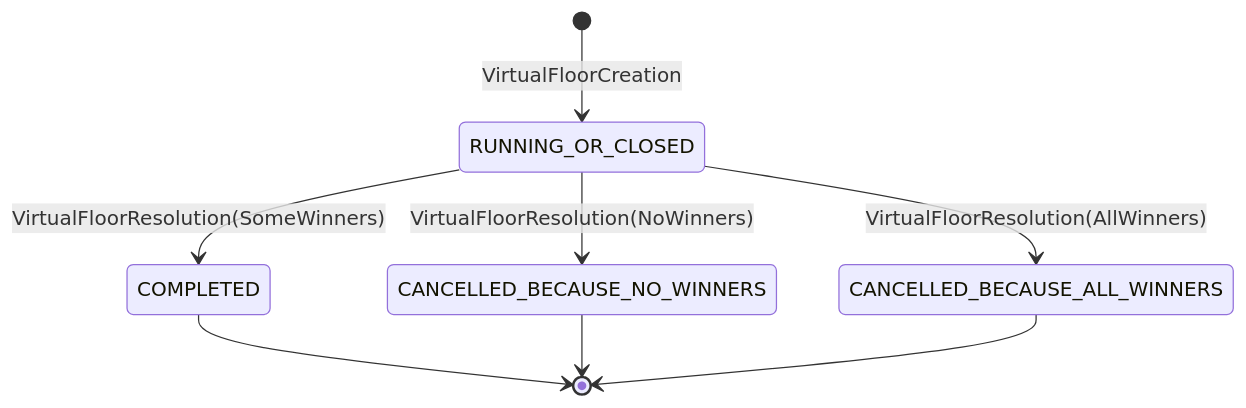
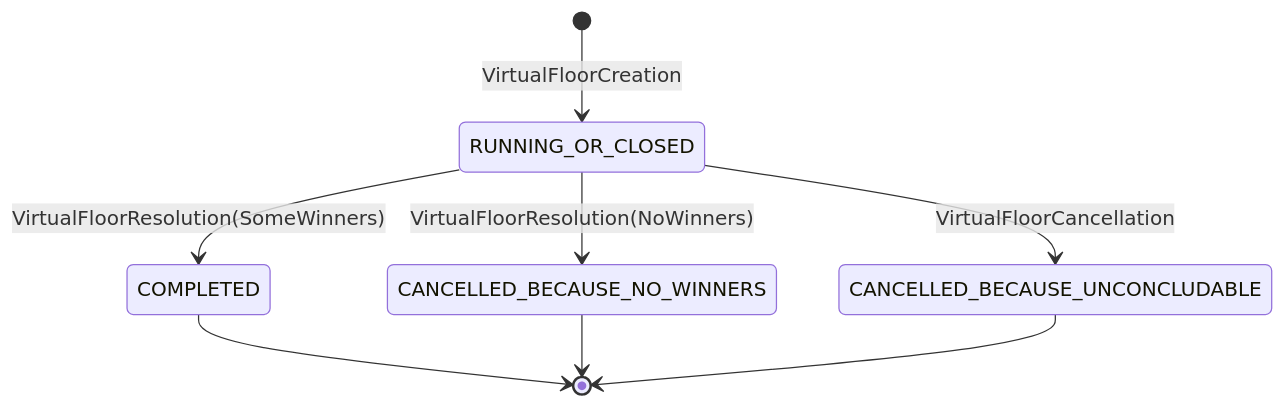
One commit to 0xsaxit/doubledice changed the second of 2 diagrams in platform/docs/STATE.md. Above: the diagram before and after it, drawn with Mermaid. The commit also changed other lines of this file and 9 other files, not shown here.

````diff
--- a/platform/docs/STATE.md
+++ b/platform/docs/STATE.md
@@ -24,10 +24,10 @@
 ```mermaid
 stateDiagram-v2
     [*] --> RUNNING_OR_CLOSED: VirtualFloorCreation
     RUNNING_OR_CLOSED --> COMPLETED: VirtualFloorResolution(SomeWinners)
     RUNNING_OR_CLOSED --> CANCELLED_BECAUSE_NO_WINNERS: VirtualFloorResolution(NoWinners)
-    RUNNING_OR_CLOSED --> CANCELLED_BECAUSE_ALL_WINNERS: VirtualFloorResolution(AllWinners)
+    RUNNING_OR_CLOSED --> CANCELLED_BECAUSE_UNCONCLUDABLE: VirtualFloorCancellation
     COMPLETED --> [*]
     CANCELLED_BECAUSE_NO_WINNERS --> [*]
-    CANCELLED_BECAUSE_ALL_WINNERS --> [*]
+    CANCELLED_BECAUSE_UNCONCLUDABLE --> [*]
 ```
````
